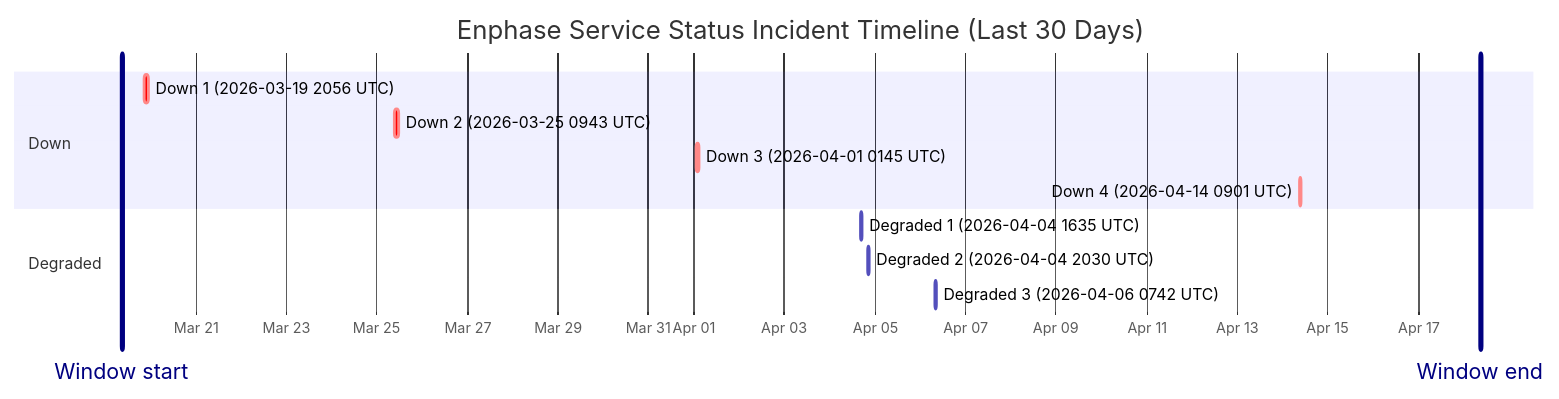
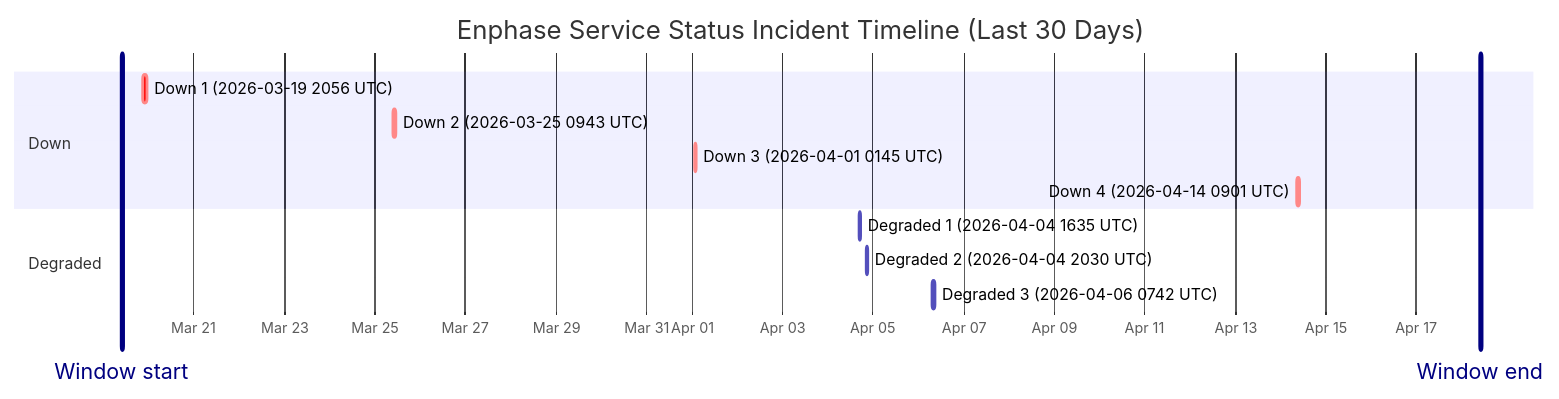
Before and after one commit to barneyonline/ha-enphase-ev-charger: the diagram in wiki/Service-Status-History.md, drawn with Mermaid. The commit also changed other lines of this file and 3 other files, not shown here.

````diff
--- a/wiki/Service-Status-History.md
+++ b/wiki/Service-Status-History.md
@@ -14,17 +14,17 @@
 ```mermaid
 gantt
     title Enphase Service Status Incident Timeline (Last 30 Days)
     dateFormat  YYYY-MM-DDTHH:mm:ss
     axisFormat  %b %d
-    Window start :vert, window-start, 2026-03-19T08:50:13, 0ms
-    Window end :vert, window-end, 2026-04-18T08:50:13, 0ms
+    Window start :vert, window-start, 2026-03-19T09:47:35, 0ms
+    Window end :vert, window-end, 2026-04-18T09:47:35, 0ms
     section Down
     Down 1 (2026-03-19 2056 UTC) :crit, down-1, 2026-03-19T20:56:20, 145m
     Down 2 (2026-03-25 0943 UTC) :crit, down-2, 2026-03-25T09:43:28, 111m
     Down 3 (2026-04-01 0145 UTC) :crit, down-3, 2026-04-01T01:45:09, 60m
     Down 4 (2026-04-14 0901 UTC) :crit, down-4, 2026-04-14T09:01:13, 60m
     section Degraded
     Degraded 1 (2026-04-04 1635 UTC) :active, degraded-1, 2026-04-04T16:35:17, 60m
     Degraded 2 (2026-04-04 2030 UTC) :active, degraded-2, 2026-04-04T20:30:40, 60m
     Degraded 3 (2026-04-06 0742 UTC) :active, degraded-3, 2026-04-06T07:42:09, 85m
 ```
````
